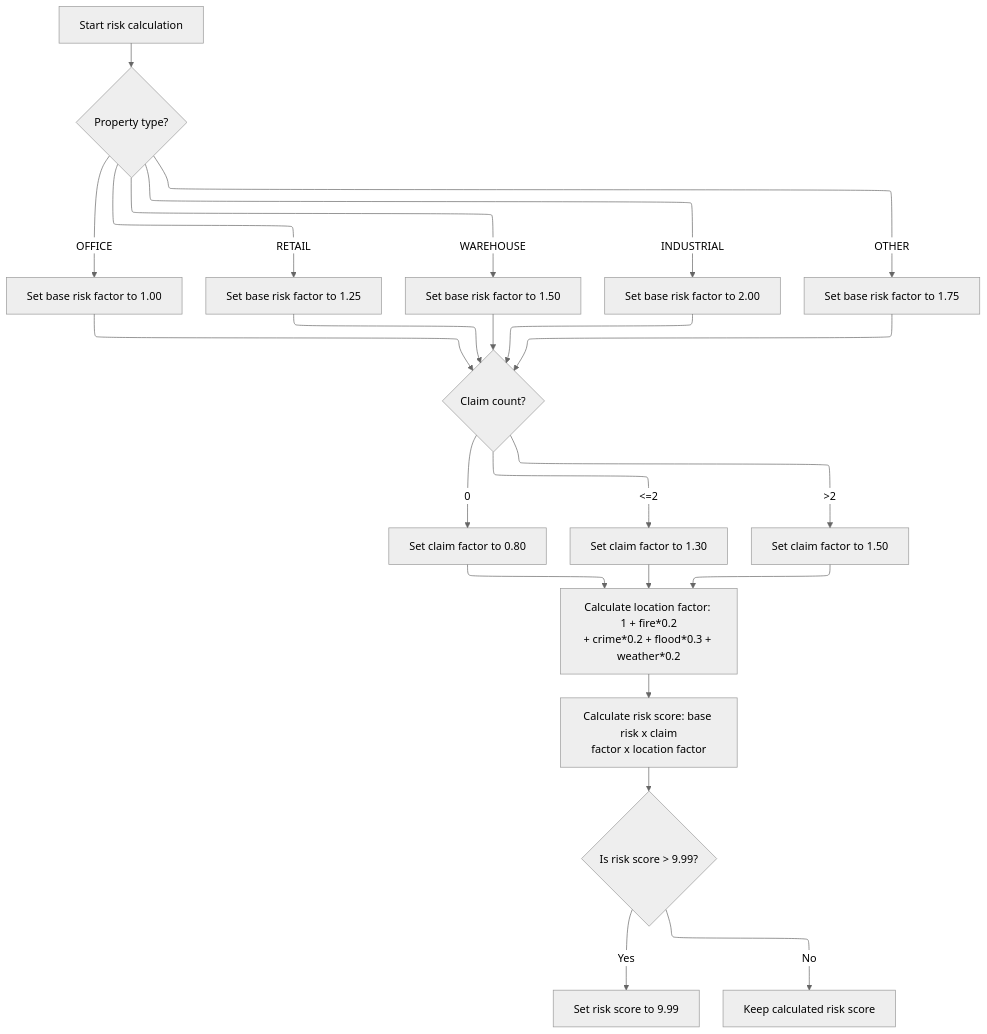
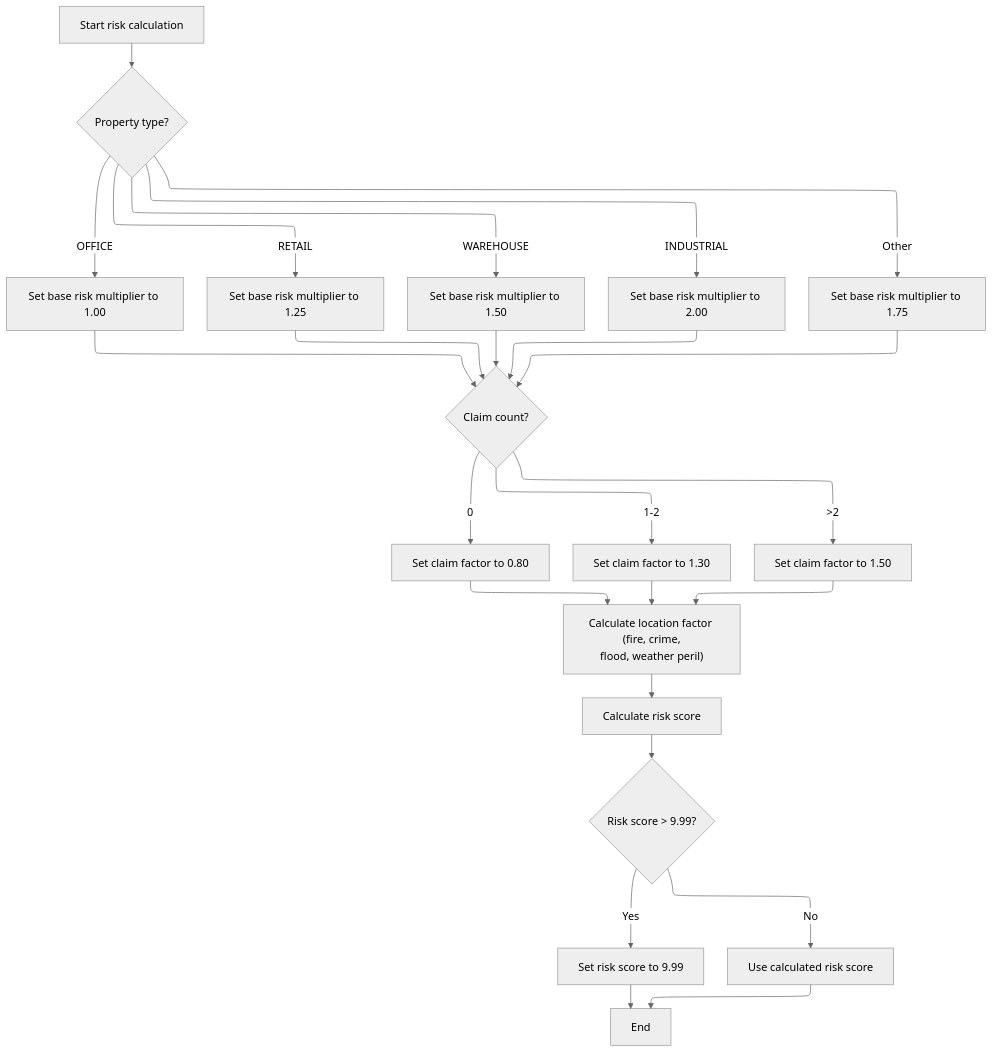
The second of 2 diagrams in .swm/riskprog-property-risk-assessment-lgarsk01.mlwt3tk4.sw.md (Giri-Swimm/Swimmio-genapp-house), drawn with Mermaid (neutral theme) before and after one commit. The commit also changed other lines of this file and 27 other files, not shown here.

````diff
--- a/.swm/riskprog-property-risk-assessment-lgarsk01.mlwt3tk4.sw.md
+++ b/.swm/riskprog-property-risk-assessment-lgarsk01.mlwt3tk4.sw.md
@@ -388,88 +410,94 @@
 ```mermaid
 %%{init: {"flowchart": {"defaultRenderer": "elk"}} }%%
 flowchart TD
-    node1["Start risk calculation"] --> node2{"Property type?"}
+    node1["Start risk calculation"]
     click node1 openCode "base/src/lgarsk01.cbl:107:108"
-    node2 -->|"OFFICE"| node3["Set base risk factor to 1.00"]
-    node2 -->|"RETAIL"| node4["Set base risk factor to 1.25"]
-    node2 -->|"WAREHOUSE"| node5["Set base risk factor to 1.50"]
-    node2 -->|"INDUSTRIAL"| node6["Set base risk factor to 2.00"]
-    node2 -->|"OTHER"| node7["Set base risk factor to 1.75"]
+    node1 --> node2{"Property type?"}
     click node2 openCode "base/src/lgarsk01.cbl:108:119"
-    click node3 openCode "base/src/lgarsk01.cbl:109:110"
-    click node4 openCode "base/src/lgarsk01.cbl:111:112"
-    click node5 openCode "base/src/lgarsk01.cbl:113:114"
-    click node6 openCode "base/src/lgarsk01.cbl:115:116"
-    click node7 openCode "base/src/lgarsk01.cbl:117:118"
+    node2 -->|"OFFICE"| node3["Set base risk multiplier to 1.00"]
+    click node3 openCode "base/src/lgarsk01.cbl:110:110"
+    node2 -->|"RETAIL"| node4["Set base risk multiplier to 1.25"]
+    click node4 openCode "base/src/lgarsk01.cbl:112:112"
+    node2 -->|"WAREHOUSE"| node5["Set base risk multiplier to 1.50"]
+    click node5 openCode "base/src/lgarsk01.cbl:114:114"
+    node2 -->|"INDUSTRIAL"| node6["Set base risk multiplier to 2.00"]
+    click node6 openCode "base/src/lgarsk01.cbl:116:116"
+    node2 -->|"Other"| node7["Set base risk multiplier to 1.75"]
+    click node7 openCode "base/src/lgarsk01.cbl:118:118"
     node3 --> node8{"Claim count?"}
     node4 --> node8
     node5 --> node8
     node6 --> node8
     node7 --> node8
+    click node8 openCode "base/src/lgarsk01.cbl:121:127"
     node8 -->|"0"| node9["Set claim factor to 0.80"]
-    node8 -->|"#lt;=2"| node10["Set claim factor to 1.30"]
+    click node9 openCode "base/src/lgarsk01.cbl:122:122"
+    node8 -->|"1-2"| node10["Set claim factor to 1.30"]
+    click node10 openCode "base/src/lgarsk01.cbl:124:124"
     node8 -->|"#gt;2"| node11["Set claim factor to 1.50"]
-    click node8 openCode "base/src/lgarsk01.cbl:121:127"
-    click node9 openCode "base/src/lgarsk01.cbl:122:123"
-    click node10 openCode "base/src/lgarsk01.cbl:124:124"
-    click node11 openCode "base/src/lgarsk01.cbl:125:126"
-    node9 --> node12["Calculate location factor: 1 + fire*0.2
-+ crime*0.2 + flood*0.3 + weather*0.2"]
+    click node11 openCode "base/src/lgarsk01.cbl:126:126"
+    node9 --> node12["Calculate location factor (fire, crime,
+flood, weather peril)"]
     node10 --> node12
     node11 --> node12
     click node12 openCode "base/src/lgarsk01.cbl:129:133"
-    node12 --> node13["Calculate risk score: base risk x claim
-factor x location factor"]
+    node12 --> node13["Calculate risk score"]
     click node13 openCode "base/src/lgarsk01.cbl:135:136"
-    node13 --> node14{"Is risk score > 9.99?"}
+    node13 --> node14{"Risk score > 9.99?"}
     click node14 openCode "base/src/lgarsk01.cbl:138:139"
     node14 -->|"Yes"| node15["Set risk score to 9.99"]
-    click node15 openCode "base/src/lgarsk01.cbl:139:140"
-    node14 -->|"No"| node16["Keep calculated risk score"]
-    click node16 openCode "base/src/lgarsk01.cbl:137:140"
+    click node15 openCode "base/src/lgarsk01.cbl:139:139"
+    node14 -->|"No"| node16["Use calculated risk score"]
+    click node16 openCode "base/src/lgarsk01.cbl:135:136"
+    node15 --> node17["End"]
+    node16 --> node17
+    click node17 openCode "base/src/lgarsk01.cbl:140:140"
 classDef HeadingStyle fill:#777777,stroke:#333,stroke-width:2px;
 
 %% Swimm:
 %% %%{init: {"flowchart": {"defaultRenderer": "elk"}} }%%
 %% flowchart TD
-%%     node1["Start risk calculation"] --> node2{"Property type?"}
+%%     node1["Start risk calculation"]
 %%     click node1 openCode "<SwmPath>[base/src/lgarsk01.cbl](base/src/lgarsk01.cbl)</SwmPath>:107:108"
-%%     node2 -->|"OFFICE"| node3["Set base risk factor to <SwmToken path="base/src/lgarsk01.cbl" pos="110:3:5" line-data="                   MOVE 1.00 TO WS-BS-RS">`1.00`</SwmToken>"]
-%%     node2 -->|"RETAIL"| node4["Set base risk factor to <SwmToken path="base/src/lgarsk01.cbl" pos="112:3:5" line-data="                   MOVE 1.25 TO WS-BS-RS">`1.25`</SwmToken>"]
-%%     node2 -->|"WAREHOUSE"| node5["Set base risk factor to <SwmToken path="base/src/lgarsk01.cbl" pos="114:3:5" line-data="                   MOVE 1.50 TO WS-BS-RS">`1.50`</SwmToken>"]
-%%     node2 -->|"INDUSTRIAL"| node6["Set base risk factor to <SwmToken path="base/src/lgarsk01.cbl" pos="116:3:5" line-data="                   MOVE 2.00 TO WS-BS-RS">`2.00`</SwmToken>"]
-%%     node2 -->|"OTHER"| node7["Set base risk factor to <SwmToken path="base/src/lgarsk01.cbl" pos="118:3:5" line-data="                   MOVE 1.75 TO WS-BS-RS">`1.75`</SwmToken>"]
+%%     node1 --> node2{"Property type?"}
 %%     click node2 openCode "<SwmPath>[base/src/lgarsk01.cbl](base/src/lgarsk01.cbl)</SwmPath>:108:119"
-%%     click node3 openCode "<SwmPath>[base/src/lgarsk01.cbl](base/src/lgarsk01.cbl)</SwmPath>:109:110"
-%%     click node4 openCode "<SwmPath>[base/src/lgarsk01.cbl](base/src/lgarsk01.cbl)</SwmPath>:111:112"
-%%     click node5 openCode "<SwmPath>[base/src/lgarsk01.cbl](base/src/lgarsk01.cbl)</SwmPath>:113:114"
-%%     click node6 openCode "<SwmPath>[base/src/lgarsk01.cbl](base/src/lgarsk01.cbl)</SwmPath>:115:116"
-%%     click node7 openCode "<SwmPath>[base/src/lgarsk01.cbl](base/src/lgarsk01.cbl)</SwmPath>:117:118"
+%%     node2 -->|"OFFICE"| node3["Set base risk multiplier to <SwmToken path="base/src/lgarsk01.cbl" pos="110:3:5" line-data="                   MOVE 1.00 TO WS-BS-RS">`1.00`</SwmToken>"]
+%%     click node3 openCode "<SwmPath>[base/src/lgarsk01.cbl](base/src/lgarsk01.cbl)</SwmPath>:110:110"
+%%     node2 -->|"RETAIL"| node4["Set base risk multiplier to <SwmToken path="base/src/lgarsk01.cbl" pos="112:3:5" line-data="                   MOVE 1.25 TO WS-BS-RS">`1.25`</SwmToken>"]
+%%     click node4 openCode "<SwmPath>[base/src/lgarsk01.cbl](base/src/lgarsk01.cbl)</SwmPath>:112:112"
+%%     node2 -->|"WAREHOUSE"| node5["Set base risk multiplier to <SwmToken path="base/src/lgarsk01.cbl" pos="114:3:5" line-data="                   MOVE 1.50 TO WS-BS-RS">`1.50`</SwmToken>"]
+%%     click node5 openCode "<SwmPath>[base/src/lgarsk01.cbl](base/src/lgarsk01.cbl)</SwmPath>:114:114"
+%%     node2 -->|"INDUSTRIAL"| node6["Set base risk multiplier to <SwmToken path="base/src/lgarsk01.cbl" pos="116:3:5" line-data="                   MOVE 2.00 TO WS-BS-RS">`2.00`</SwmToken>"]
+%%     click node6 openCode "<SwmPath>[base/src/lgarsk01.cbl](base/src/lgarsk01.cbl)</SwmPath>:116:116"
+%%     node2 -->|"Other"| node7["Set base risk multiplier to <SwmToken path="base/src/lgarsk01.cbl" pos="118:3:5" line-data="                   MOVE 1.75 TO WS-BS-RS">`1.75`</SwmToken>"]
+%%     click node7 openCode "<SwmPath>[base/src/lgarsk01.cbl](base/src/lgarsk01.cbl)</SwmPath>:118:118"
 %%     node3 --> node8{"Claim count?"}
 %%     node4 --> node8
 %%     node5 --> node8
 %%     node6 --> node8
 %%     node7 --> node8
+%%     click node8 openCode "<SwmPath>[base/src/lgarsk01.cbl](base/src/lgarsk01.cbl)</SwmPath>:121:127"
 %%     node8 -->|"0"| node9["Set claim factor to <SwmToken path="base/src/lgarsk01.cbl" pos="122:3:5" line-data="               MOVE 0.80 TO WS-CL-F">`0.80`</SwmToken>"]
-%%     node8 -->|"#lt;=2"| node10["Set claim factor to <SwmToken path="base/src/lgarsk01.cbl" pos="124:3:5" line-data="               MOVE 1.30 TO WS-CL-F">`1.30`</SwmToken>"]
+%%     click node9 openCode "<SwmPath>[base/src/lgarsk01.cbl](base/src/lgarsk01.cbl)</SwmPath>:122:122"
+%%     node8 -->|"1-2"| node10["Set claim factor to <SwmToken path="base/src/lgarsk01.cbl" pos="124:3:5" line-data="               MOVE 1.30 TO WS-CL-F">`1.30`</SwmToken>"]
+%%     click node10 openCode "<SwmPath>[base/src/lgarsk01.cbl](base/src/lgarsk01.cbl)</SwmPath>:124:124"
 %%     node8 -->|"#gt;2"| node11["Set claim factor to <SwmToken path="base/src/lgarsk01.cbl" pos="114:3:5" line-data="                   MOVE 1.50 TO WS-BS-RS">`1.50`</SwmToken>"]
-%%     click node8 openCode "<SwmPath>[base/src/lgarsk01.cbl](base/src/lgarsk01.cbl)</SwmPath>:121:127"
-%%     click node9 openCode "<SwmPath>[base/src/lgarsk01.cbl](base/src/lgarsk01.cbl)</SwmPath>:122:123"
-%%     click node10 openCode "<SwmPath>[base/src/lgarsk01.cbl](base/src/lgarsk01.cbl)</SwmPath>:124:124"
-%%     click node11 openCode "<SwmPath>[base/src/lgarsk01.cbl](base/src/lgarsk01.cbl)</SwmPath>:125:126"
-%%     node9 --> node12["Calculate location factor: 1 + fire*<SwmToken path="base/src/lgarsk01.cbl" pos="130:10:12" line-data="               (IN-FR-PR * 0.2) +">`0.2`</SwmToken>
-%% + crime*<SwmToken path="base/src/lgarsk01.cbl" pos="130:10:12" line-data="               (IN-FR-PR * 0.2) +">`0.2`</SwmToken> + flood*<SwmToken path="base/src/lgarsk01.cbl" pos="132:10:12" line-data="               (IN-FL-PR * 0.3) +">`0.3`</SwmToken> + weather*<SwmToken path="base/src/lgarsk01.cbl" pos="130:10:12" line-data="               (IN-FR-PR * 0.2) +">`0.2`</SwmToken>"]
+%%     click node11 openCode "<SwmPath>[base/src/lgarsk01.cbl](base/src/lgarsk01.cbl)</SwmPath>:126:126"
+%%     node9 --> node12["Calculate location factor (fire, crime,
+%% flood, weather peril)"]
 %%     node10 --> node12
 %%     node11 --> node12
 %%     click node12 openCode "<SwmPath>[base/src/lgarsk01.cbl](base/src/lgarsk01.cbl)</SwmPath>:129:133"
-%%     node12 --> node13["Calculate risk score: base risk x claim
-%% factor x location factor"]
+%%     node12 --> node13["Calculate risk score"]
 %%     click node13 openCode "<SwmPath>[base/src/lgarsk01.cbl](base/src/lgarsk01.cbl)</SwmPath>:135:136"
-%%     node13 --> node14{"Is risk score > <SwmToken path="base/src/lgarsk01.cbl" pos="138:11:13" line-data="           IF WS-F-RSK &gt; 9.99">`9.99`</SwmToken>?"}
+%%     node13 --> node14{"Risk score > <SwmToken path="base/src/lgarsk01.cbl" pos="138:11:13" line-data="           IF WS-F-RSK &gt; 9.99">`9.99`</SwmToken>?"}
 %%     click node14 openCode "<SwmPath>[base/src/lgarsk01.cbl](base/src/lgarsk01.cbl)</SwmPath>:138:139"
 %%     node14 -->|"Yes"| node15["Set risk score to <SwmToken path="base/src/lgarsk01.cbl" pos="138:11:13" line-data="           IF WS-F-RSK &gt; 9.99">`9.99`</SwmToken>"]
-%%     click node15 openCode "<SwmPath>[base/src/lgarsk01.cbl](base/src/lgarsk01.cbl)</SwmPath>:139:140"
-%%     node14 -->|"No"| node16["Keep calculated risk score"]
-%%     click node16 openCode "<SwmPath>[base/src/lgarsk01.cbl](base/src/lgarsk01.cbl)</SwmPath>:137:140"
+%%     click node15 openCode "<SwmPath>[base/src/lgarsk01.cbl](base/src/lgarsk01.cbl)</SwmPath>:139:139"
+%%     node14 -->|"No"| node16["Use calculated risk score"]
+%%     click node16 openCode "<SwmPath>[base/src/lgarsk01.cbl](base/src/lgarsk01.cbl)</SwmPath>:135:136"
+%%     node15 --> node17["End"]
+%%     node16 --> node17
+%%     click node17 openCode "<SwmPath>[base/src/lgarsk01.cbl](base/src/lgarsk01.cbl)</SwmPath>:140:140"
 %% classDef HeadingStyle fill:#777777,stroke:#333,stroke-width:2px;
 ```
````
